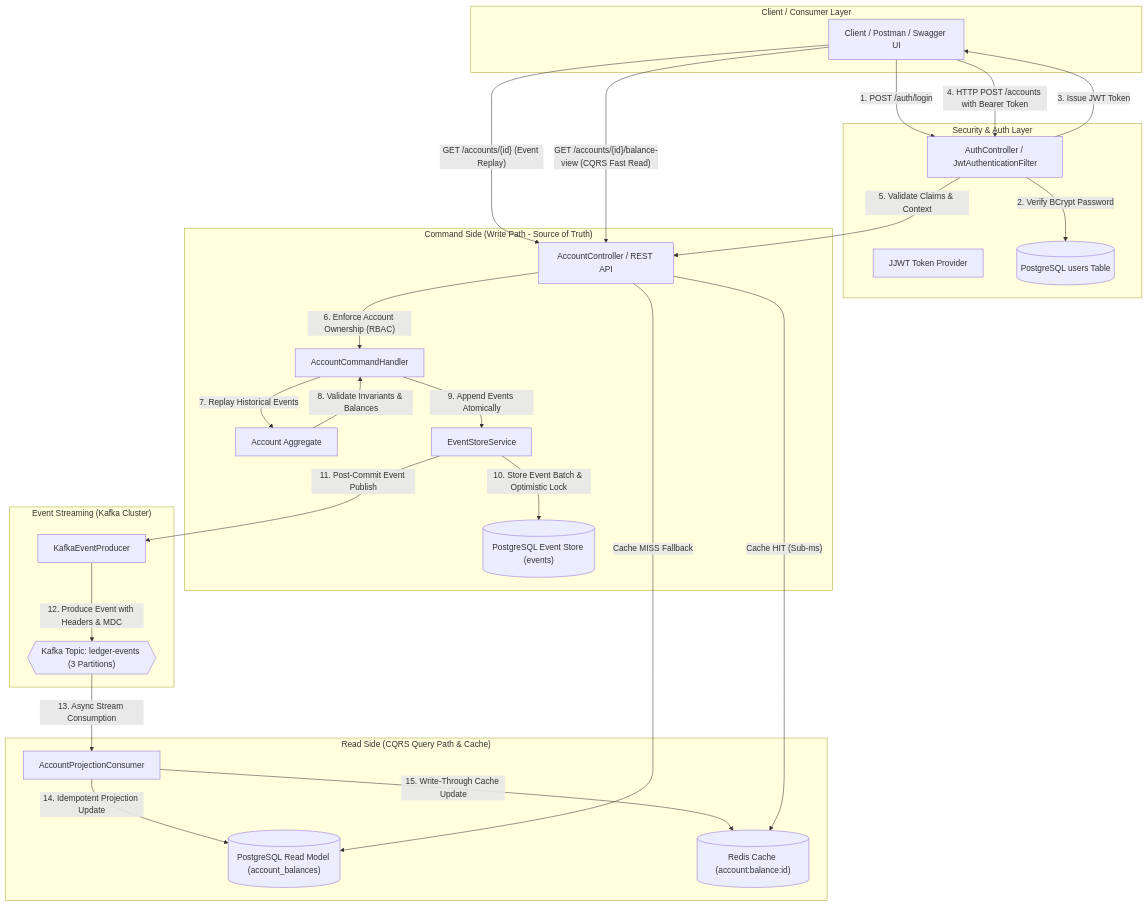
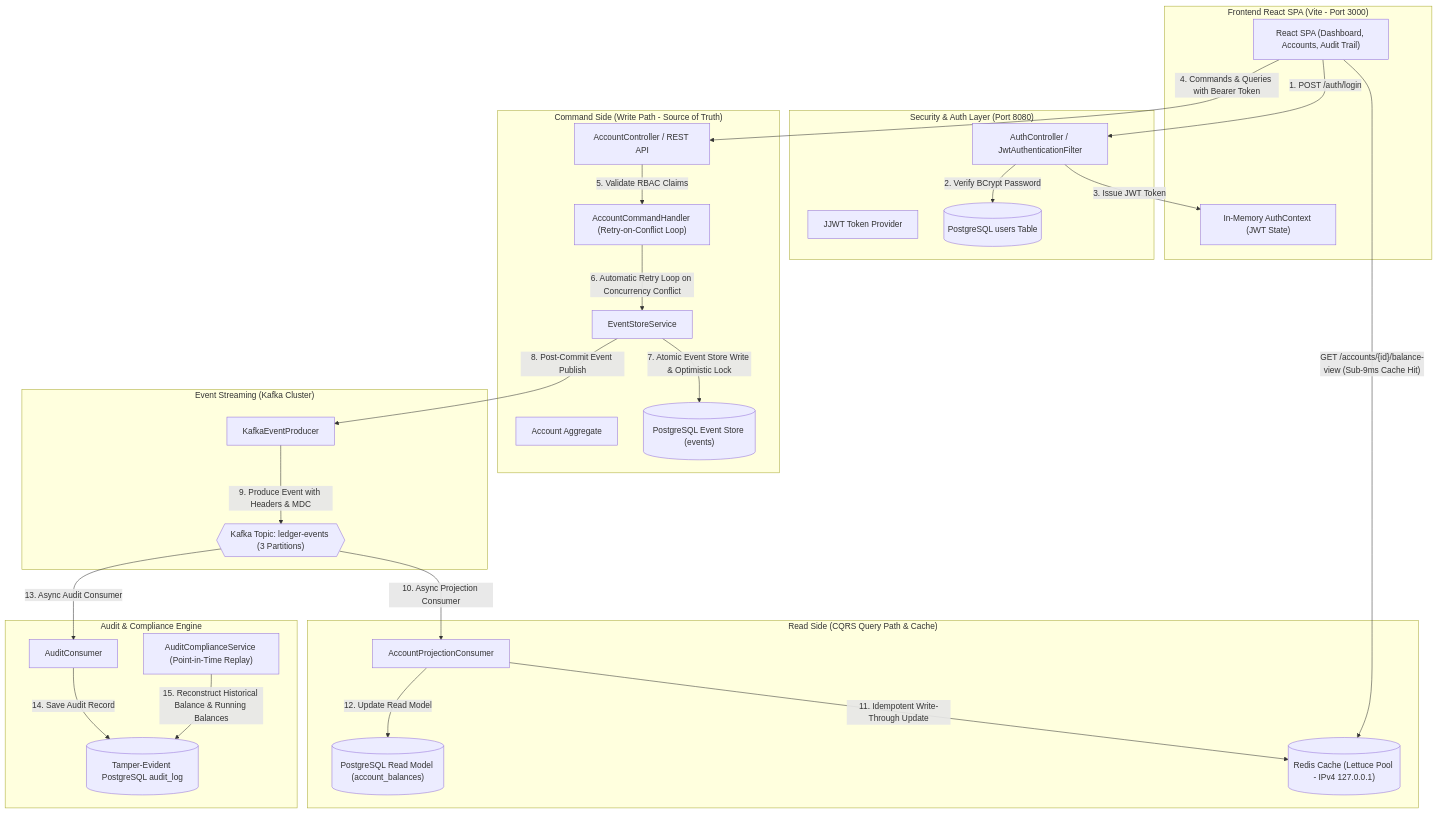
The diagram in README.md (ishaannegi/Event-Sourcing-Digital-Banking-Ledger-with-CQRS-Architecture), drawn with Mermaid before and after one commit. The commit also changed other lines of this file and 1 other file, not shown here.

Commit message:
docs: update README.md with full Phase 7 React SPA architecture, CQRS inspector, Audit Panel, running balance breakdown, and run instructions

````diff
--- a/README.md
+++ b/README.md
@@ -18,53 +21,59 @@
 ```mermaid
 flowchart TD
-    subgraph Client Layer ["Client / Consumer Layer"]
-        C["Client / Postman / Swagger UI"]
+    subgraph Frontend Layer ["Frontend React SPA (Vite - Port 3000)"]
+        UI["React SPA (Dashboard, Accounts, Audit Trail)"]
+        CTX["In-Memory AuthContext (JWT State)"]
     end
 
-    subgraph Security Layer ["Security & Auth Layer"]
+    subgraph Security Layer ["Security & Auth Layer (Port 8080)"]
         AUTH["AuthController / JwtAuthenticationFilter"]
         JWT["JJWT Token Provider"]
         USERS[("PostgreSQL users Table")]
     end
 
     subgraph Command Side ["Command Side (Write Path - Source of Truth)"]
         CTRL["AccountController / REST API"]
-        CH["AccountCommandHandler"]
+        CH["AccountCommandHandler (Retry-on-Conflict Loop)"]
         AGG["Account Aggregate"]
         ES["EventStoreService"]
         PG_EVENT[("PostgreSQL Event Store (events)")]
     end
 
     subgraph Event Streaming ["Event Streaming (Kafka Cluster)"]
         KP["KafkaEventProducer"]
         KAFKA{{"Kafka Topic: ledger-events (3 Partitions)"}}
     end
 
     subgraph Read Side ["Read Side (CQRS Query Path & Cache)"]
         PC["AccountProjectionConsumer"]
         PG_READ[("PostgreSQL Read Model (account_balances)")]
-        REDIS[("Redis Cache (account:balance:id)")]
+        REDIS[("Redis Cache (Lettuce Pool - IPv4 127.0.0.1)")]
     end
 
-    C -->|"1. POST /auth/login"| AUTH
+    subgraph Audit Compliance ["Audit & Compliance Engine"]
+        AUDIT_CONS["AuditConsumer"]
+        PG_AUDIT[("Tamper-Evident PostgreSQL audit_log")]
+        AUDIT_SVC["AuditComplianceService (Point-in-Time Replay)"]
+    end
+
+    UI -->|"1. POST /auth/login"| AUTH
     AUTH -->|"2. Verify BCrypt Password"| USERS
-    AUTH -->|"3. Issue JWT Token"| C
+    AUTH -->|"3. Issue JWT Token"| CTX
 
-    C -->|"4. HTTP POST /accounts with Bearer Token"| AUTH
-    AUTH -->|"5. Validate Claims & Context"| CTRL
-    CTRL -->|"6. Enforce Account Ownership (RBAC)"| CH
-    CH -->|"7. Replay Historical Events"| AGG
-    AGG -->|"8. Validate Invariants & Balances"| CH
-    CH -->|"9. Append Events Atomically"| ES
-    ES -->|"10. Store Event Batch & Optimistic Lock"| PG_EVENT
-    ES -->|"11. Post-Commit Event Publish"| KP
-    KP -->|"12. Produce Event with Headers & MDC"| KAFKA
-    KAFKA -->|"13. Async Stream Consumption"| PC
-    PC -->|"14. Idempotent Projection Update"| PG_READ
-    PC -->|"15. Write-Through Cache Update"| REDIS
+    UI -->|"4. Commands & Queries with Bearer Token"| CTRL
+    CTRL -->|"5. Validate RBAC Claims"| CH
+    CH -->|"6. Automatic Retry Loop on Concurrency Conflict"| ES
+    ES -->|"7. Atomic Event Store Write & Optimistic Lock"| PG_EVENT
+    ES -->|"8. Post-Commit Event Publish"| KP
+    KP -->|"9. Produce Event with Headers & MDC"| KAFKA
 
-    C -->|"GET /accounts/{id} (Event Replay)"| CTRL
-    C -->|"GET /accounts/{id}/balance-view (CQRS Fast Read)"| CTRL
-    CTRL -->|"Cache HIT (Sub-ms)"| REDIS
-    CTRL -->|"Cache MISS Fallback"| PG_READ
+    KAFKA -->|"10. Async Projection Consumer"| PC
+    PC -->|"11. Idempotent Write-Through Update"| REDIS
+    PC -->|"12. Update Read Model"| PG_READ
+
+    KAFKA -->|"13. Async Audit Consumer"| AUDIT_CONS
+    AUDIT_CONS -->|"14. Save Audit Record"| PG_AUDIT
+    AUDIT_SVC -->|"15. Reconstruct Historical Balance & Running Balances"| PG_AUDIT
+
+    UI -->|"GET /accounts/{id}/balance-view (Sub-9ms Cache Hit)"| REDIS
 ```
````
